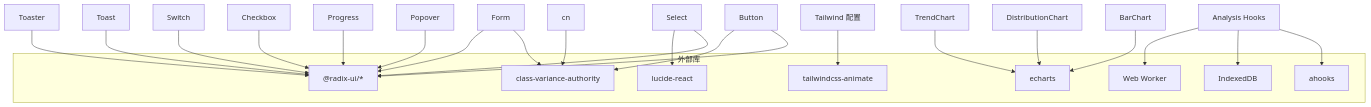
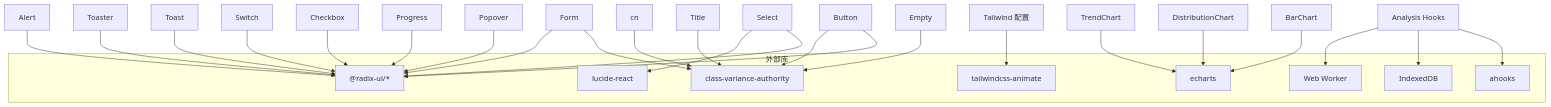
Before and after one commit to RadiumAg/bilibili-favorites: the tenth of 10 diagrams in .qoder/repowiki/zh/content/UI组件系统/UI组件系统.md, drawn with Mermaid. The commit also changed other lines of this file and 5 other files, not shown here.

First line of the commit message:
feat(ui): 新增 Alert、Empty、Title 基础UI组件完善体系

````diff
--- a/.qoder/repowiki/zh/content/UI组件系统/UI组件系统.md
+++ b/.qoder/repowiki/zh/content/UI组件系统/UI组件系统.md
@@ -646,33 +780,36 @@
 ```mermaid
 graph TB
 subgraph "外部库"
 RUI["@radix-ui/*"]
 CVA["class-variance-authority"]
 LUCIDE["lucide-react"]
 ANI["tailwindcss-animate"]
 ECHARTS["echarts"]
 AHOOKS["ahooks"]
 IDB["IndexedDB"]
 WORKER["Web Worker"]
 end
 Btn["Button"] --> RUI
 Btn --> CVA
 Sel["Select"] --> RUI
 Sel --> LUCIDE
 Pop["Popover"] --> RUI
 Prog["Progress"] --> RUI
 Form["Form"] --> CVA
 Form --> RUI
 Checkbox["Checkbox"] --> RUI
 Switch["Switch"] --> RUI
 Toast["Toast"] --> RUI
 Toaster["Toaster"] --> RUI
+Alert["Alert"] --> RUI
+Empty["Empty"] --> CVA
+Title["Title"] --> CVA
 Utils["cn"] --> CVA
 TW["Tailwind 配置"] --> ANI
 BarChart["BarChart"] --> ECHARTS
 DistributionChart["DistributionChart"] --> ECHARTS
 TrendChart["TrendChart"] --> ECHARTS
 AnalysisHooks["Analysis Hooks"] --> AHOOKS
 AnalysisHooks --> IDB
 AnalysisHooks --> WORKER
 ```
````
